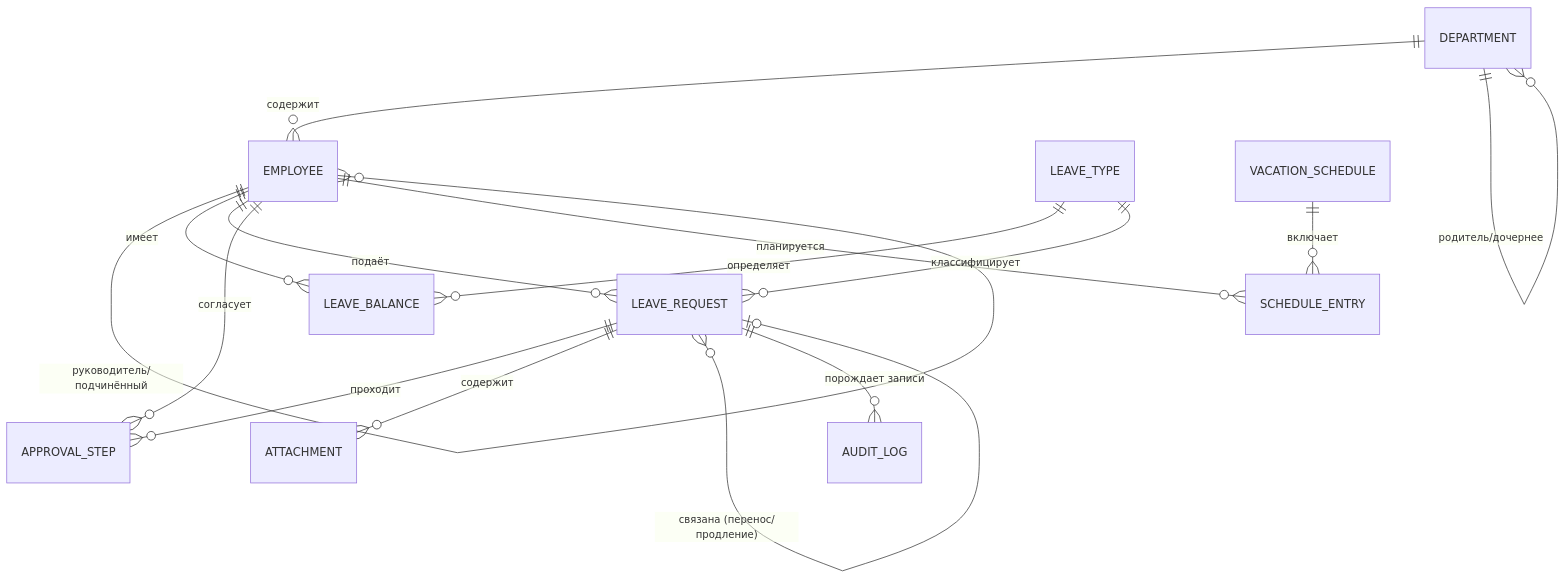
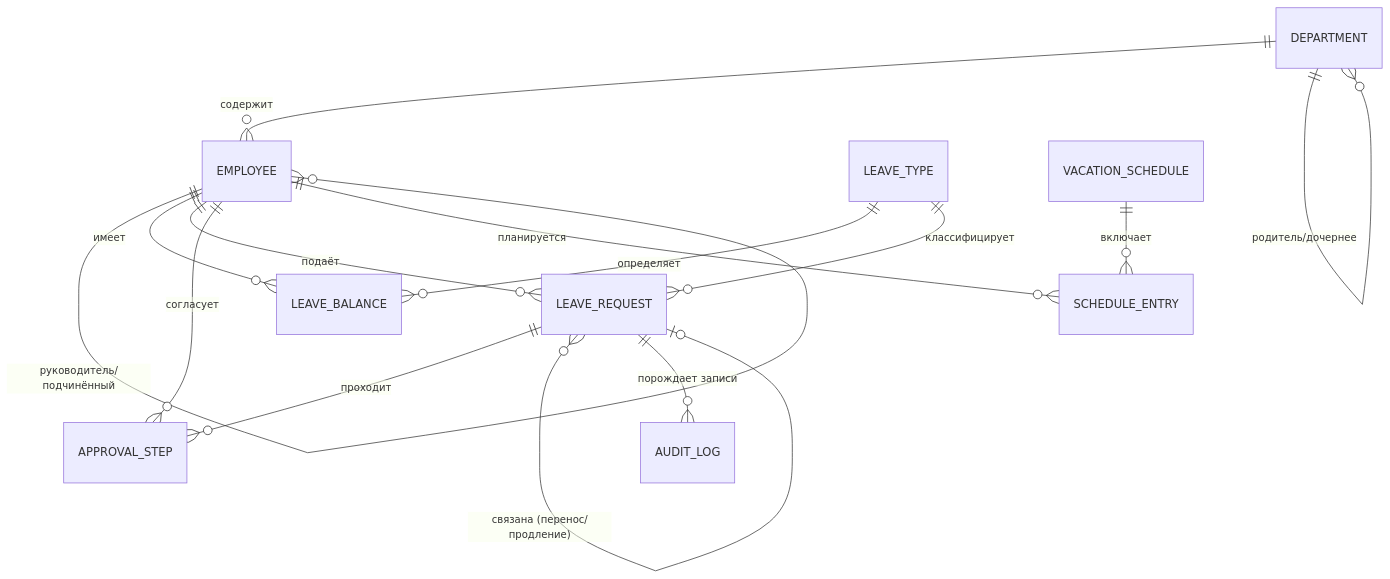
The diagram in docs/requirements.md (33gram/vacation), drawn with Mermaid before and after one commit. The commit also changed other lines of this file and 4 other files, not shown here.

````diff
--- a/docs/requirements.md
+++ b/docs/requirements.md
@@ -449,17 +452,16 @@
 ```mermaid
 erDiagram
     DEPARTMENT ||--o{ EMPLOYEE : "содержит"
     DEPARTMENT ||--o{ DEPARTMENT : "родитель/дочернее"
     EMPLOYEE ||--o{ EMPLOYEE : "руководитель/подчинённый"
     EMPLOYEE ||--o{ LEAVE_BALANCE : "имеет"
     LEAVE_TYPE ||--o{ LEAVE_BALANCE : "определяет"
     EMPLOYEE ||--o{ LEAVE_REQUEST : "подаёт"
     LEAVE_TYPE ||--o{ LEAVE_REQUEST : "классифицирует"
     LEAVE_REQUEST ||--o{ APPROVAL_STEP : "проходит"
     EMPLOYEE ||--o{ APPROVAL_STEP : "согласует"
-    LEAVE_REQUEST ||--o{ ATTACHMENT : "содержит"
     LEAVE_REQUEST }o--o| LEAVE_REQUEST : "связана (перенос/продление)"
     VACATION_SCHEDULE ||--o{ SCHEDULE_ENTRY : "включает"
     EMPLOYEE ||--o{ SCHEDULE_ENTRY : "планируется"
     LEAVE_REQUEST ||--o{ AUDIT_LOG : "порождает записи"
 ```
````
